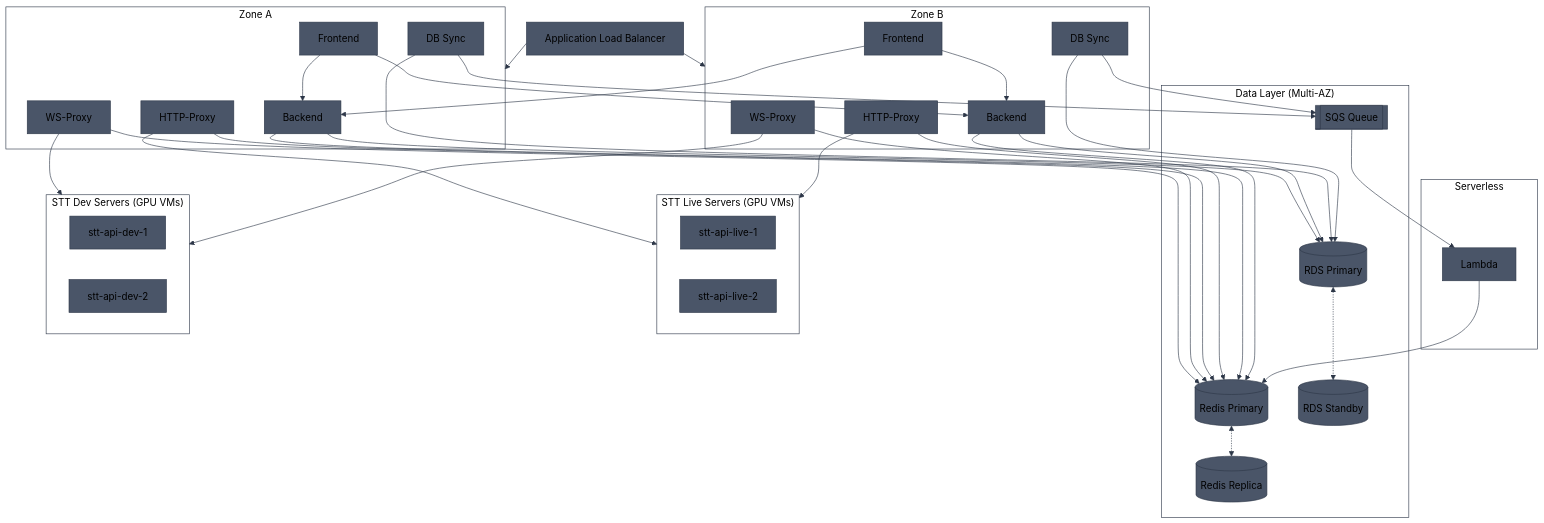
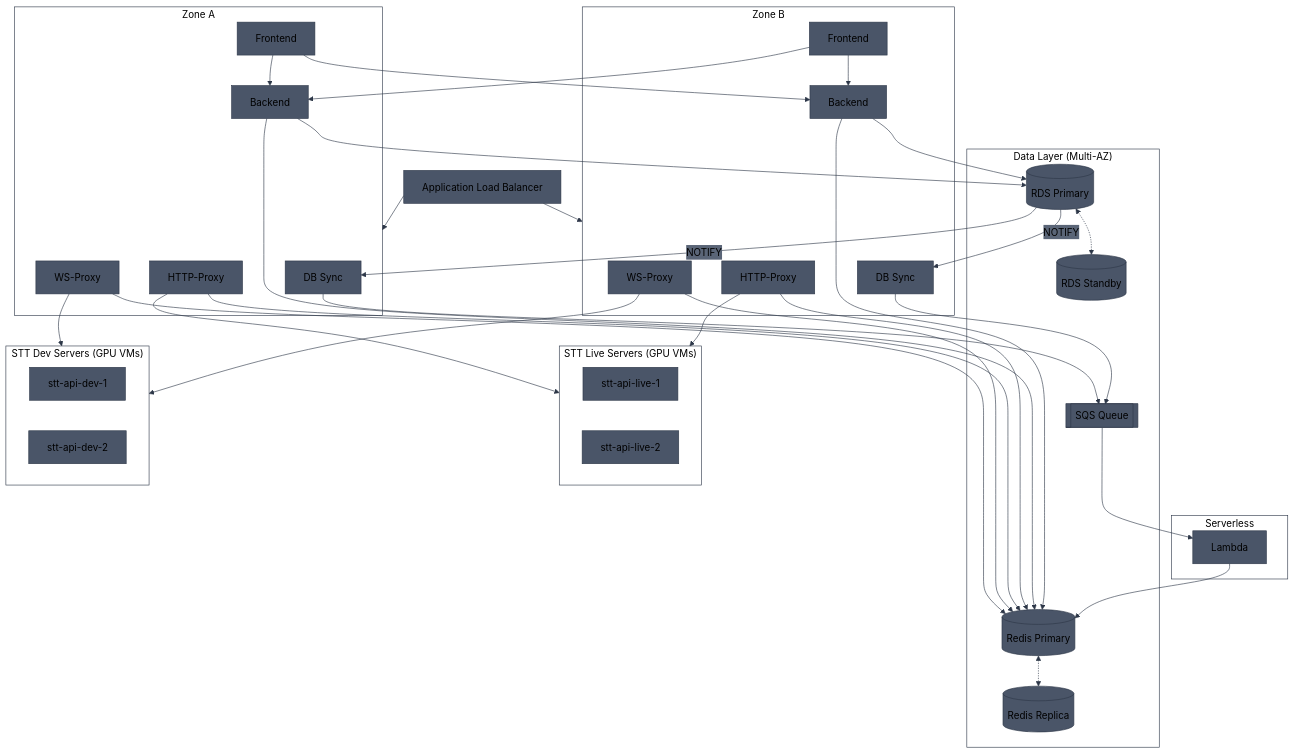
The fourth of 8 diagrams in diagrams/ecs-architecture.md (aldea-ai/infrastructure-docs), drawn with Mermaid before and after one commit. The commit also changed other lines of this file, not shown here.

Commit message:
Fix DB sync flow: PostgreSQL NOTIFY → DB Sync → SQS → Lambda → Redis

````diff
--- a/diagrams/ecs-architecture.md
+++ b/diagrams/ecs-architecture.md
@@ -155,55 +156,56 @@
 ```mermaid
 %%{init: {'theme': 'base', 'themeVariables': { 'primaryColor': '#4a5568', 'primaryTextColor': '#000', 'primaryBorderColor': '#2d3748', 'lineColor': '#2d3748', 'secondaryColor': '#5a6577', 'tertiaryColor': '#6b7280', 'clusterBkg': 'transparent', 'clusterBorder': '#2d3748', 'titleColor': '#000'}}}%%
 flowchart TB
     LB[Application Load Balancer]
 
     subgraph AZ_A["Zone A"]
         WS_A[WS-Proxy]
         HTTP_A[HTTP-Proxy]
         BE_A[Backend]
         FE_A[Frontend]
         SYNC_A[DB Sync]
     end
 
     subgraph AZ_B["Zone B"]
         WS_B[WS-Proxy]
         HTTP_B[HTTP-Proxy]
         BE_B[Backend]
         FE_B[Frontend]
         SYNC_B[DB Sync]
     end
 
     subgraph Data["Data Layer (Multi-AZ)"]
         REDIS_P[(Redis Primary)]
         REDIS_R[(Redis Replica)]
         RDS_P[(RDS Primary)]
         RDS_R[(RDS Standby)]
         SQS[[SQS Queue]]
     end
 
     subgraph Serverless["Serverless"]
         LAMBDA[Lambda]
     end
 
     subgraph STT_Live["STT Live Servers (GPU VMs)"]
         LIVE1[stt-api-live-1]
         LIVE2[stt-api-live-2]
     end
 
     subgraph STT_Dev["STT Dev Servers (GPU VMs)"]
         DEV1[stt-api-dev-1]
         DEV2[stt-api-dev-2]
     end
 
     LB --> AZ_A & AZ_B
     WS_A & WS_B & HTTP_A & HTTP_B --> REDIS_P
     BE_A & BE_B --> REDIS_P & RDS_P
     FE_A & FE_B --> BE_A & BE_B
-    SYNC_A & SYNC_B --> RDS_P & SQS
+    RDS_P -->|NOTIFY| SYNC_A & SYNC_B
+    SYNC_A & SYNC_B --> SQS
     SQS --> LAMBDA
     LAMBDA --> REDIS_P
     REDIS_P <-.-> REDIS_R
     RDS_P <-.-> RDS_R
     HTTP_A & HTTP_B --> STT_Live
     WS_A & WS_B --> STT_Dev
 ```
````
